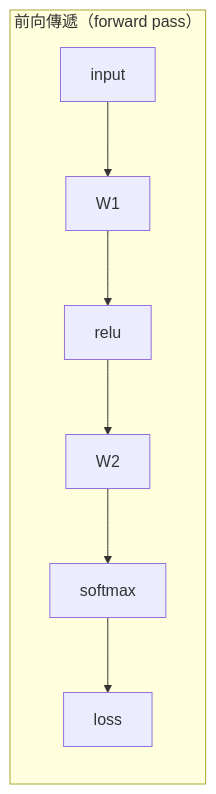
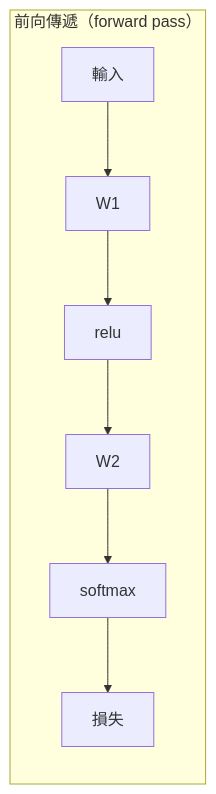
One commit to edward821220/ai-engineering-from-scratch changed the third of 4 diagrams in i18n/zh-TW/phases/01-math-foundations/04-calculus-for-ml/docs/zh-TW.md. Above: the diagram before and after it, drawn with Mermaid. The commit also changed other lines of this file and 123 other files, not shown here.

````diff
--- a/i18n/zh-TW/phases/01-math-foundations/04-calculus-for-ml/docs/zh-TW.md
+++ b/i18n/zh-TW/phases/01-math-foundations/04-calculus-for-ml/docs/zh-TW.md
@@ -371,6 +371,6 @@
 ```mermaid
 graph LR
     subgraph Forward["前向傳遞（forward pass）"]
-        I["input"] --> W1["W1"] --> R["relu"] --> W2["W2"] --> S["softmax"] --> L["loss"]
+        I["輸入"] --> W1["W1"] --> R["relu"] --> W2["W2"] --> S["softmax"] --> L["損失"]
     end
 ```
````
